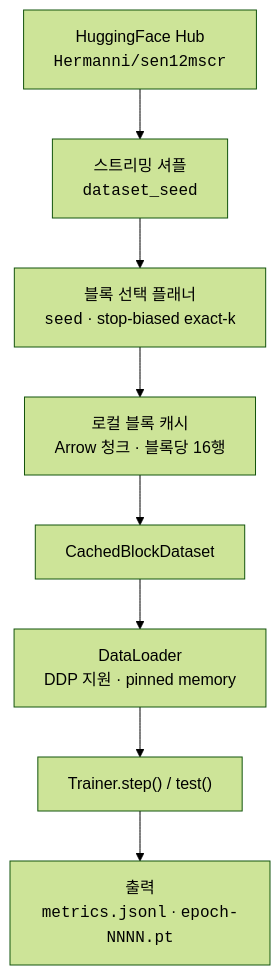
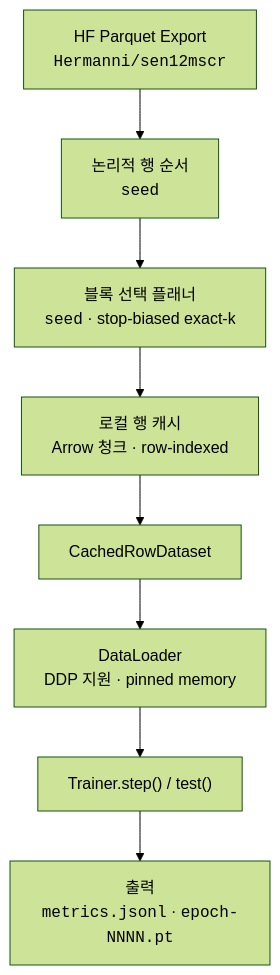
One commit to smturtle2/cr-train changed the diagram in README.ko.md. Above: the diagram before and after it, drawn with Mermaid (forest theme). The commit also changed other lines of this file and 20 other files, not shown here.

````diff
--- a/README.ko.md
+++ b/README.ko.md
@@ -120,14 +119,14 @@
 ```mermaid
 flowchart TD
-    HF["HuggingFace Hub<br/><code>Hermanni/sen12mscr</code>"]
-    SHUFFLE["스트리밍 셔플<br/><code>dataset_seed</code>"]
+    HF["HF Parquet Export<br/><code>Hermanni/sen12mscr</code>"]
+    ORDER["논리적 행 순서<br/><code>seed</code>"]
     PLAN["블록 선택 플래너<br/><code>seed</code> · stop-biased exact-k"]
-    CACHE["로컬 블록 캐시<br/>Arrow 청크 · 블록당 16행"]
-    DS["CachedBlockDataset"]
+    CACHE["로컬 행 캐시<br/>Arrow 청크 · row-indexed"]
+    DS["CachedRowDataset"]
     DL["DataLoader<br/>DDP 지원 · pinned memory"]
     TRAIN["Trainer.step() / test()"]
     OUT["출력<br/><code>metrics.jsonl</code> · <code>epoch-NNNN.pt</code>"]
 
-    HF --> SHUFFLE --> PLAN --> CACHE
+    HF --> ORDER --> PLAN --> CACHE
     CACHE --> DS --> DL --> TRAIN --> OUT
 ```
````
